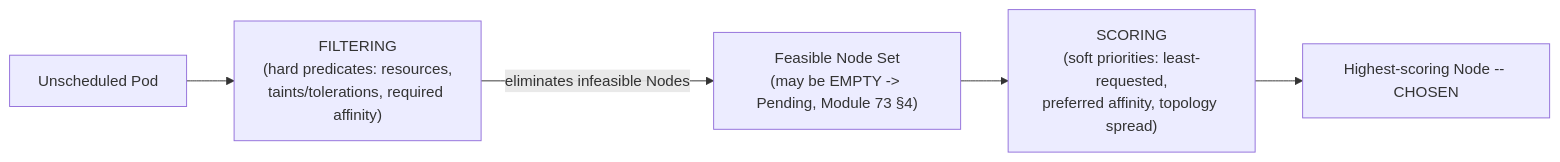
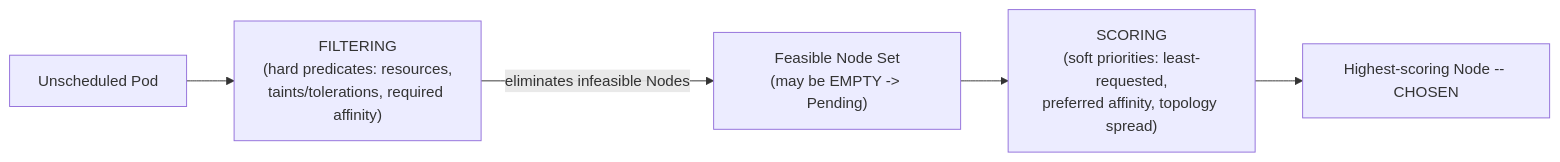
Before and after one commit to umashankarp/InterviewQuestions: the first of 2 diagrams in 23-Kubernetes/05-Scheduling-Autoscaling-Affinity-Taints-HPA-VPA-ClusterAutoscaler.md, drawn with Mermaid. The commit also changed other lines of this file and 173 other files, not shown here.

````diff
--- a/23-Kubernetes/05-Scheduling-Autoscaling-Affinity-Taints-HPA-VPA-ClusterAutoscaler.md
+++ b/23-Kubernetes/05-Scheduling-Autoscaling-Affinity-Taints-HPA-VPA-ClusterAutoscaler.md
@@ -66,7 +66,7 @@
 ```mermaid
 graph LR
-    Pod["Unscheduled Pod"] --> Filter["FILTERING<br/>(hard predicates: resources,<br/>taints/tolerations, required affinity)"]
-    Filter -->|"eliminates infeasible Nodes"| Feasible["Feasible Node Set<br/>(may be EMPTY -> Pending, Module 73 §4)"]
-    Feasible --> Score["SCORING<br/>(soft priorities: least-requested,<br/>preferred affinity, topology spread)"]
-    Score --> Chosen["Highest-scoring Node -- CHOSEN"]
+ Pod["Unscheduled Pod"] --> Filter["FILTERING<br/>(hard predicates: resources,<br/>taints/tolerations, required affinity)"]
+ Filter -->|"eliminates infeasible Nodes"| Feasible["Feasible Node Set<br/>(may be EMPTY -> Pending)"]
+ Feasible --> Score["SCORING<br/>(soft priorities: least-requested,<br/>preferred affinity, topology spread)"]
+ Score --> Chosen["Highest-scoring Node -- CHOSEN"]
 ```
````
